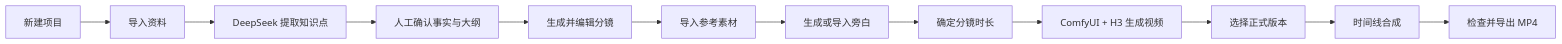
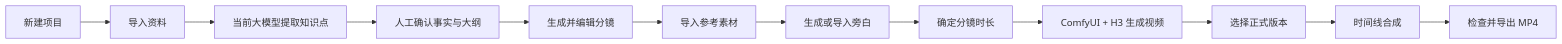
The first of 5 diagrams in MVP.md (woniu101/zhihua), drawn with Mermaid before and after one commit. The commit also changed other lines of this file and 20 other files, not shown here.

````diff
--- a/MVP.md
+++ b/MVP.md
@@ -203,14 +203,14 @@
 ```mermaid
 flowchart LR
     A[新建项目] --> B[导入资料]
-    B --> C[DeepSeek 提取知识点]
+    B --> C[当前大模型提取知识点]
     C --> D[人工确认事实与大纲]
     D --> E[生成并编辑分镜]
     E --> F[导入参考素材]
     F --> G[生成或导入旁白]
     G --> H[确定分镜时长]
     H --> I[ComfyUI + H3 生成视频]
     I --> J[选择正式版本]
     J --> K[时间线合成]
     K --> L[检查并导出 MP4]
 ```
````
